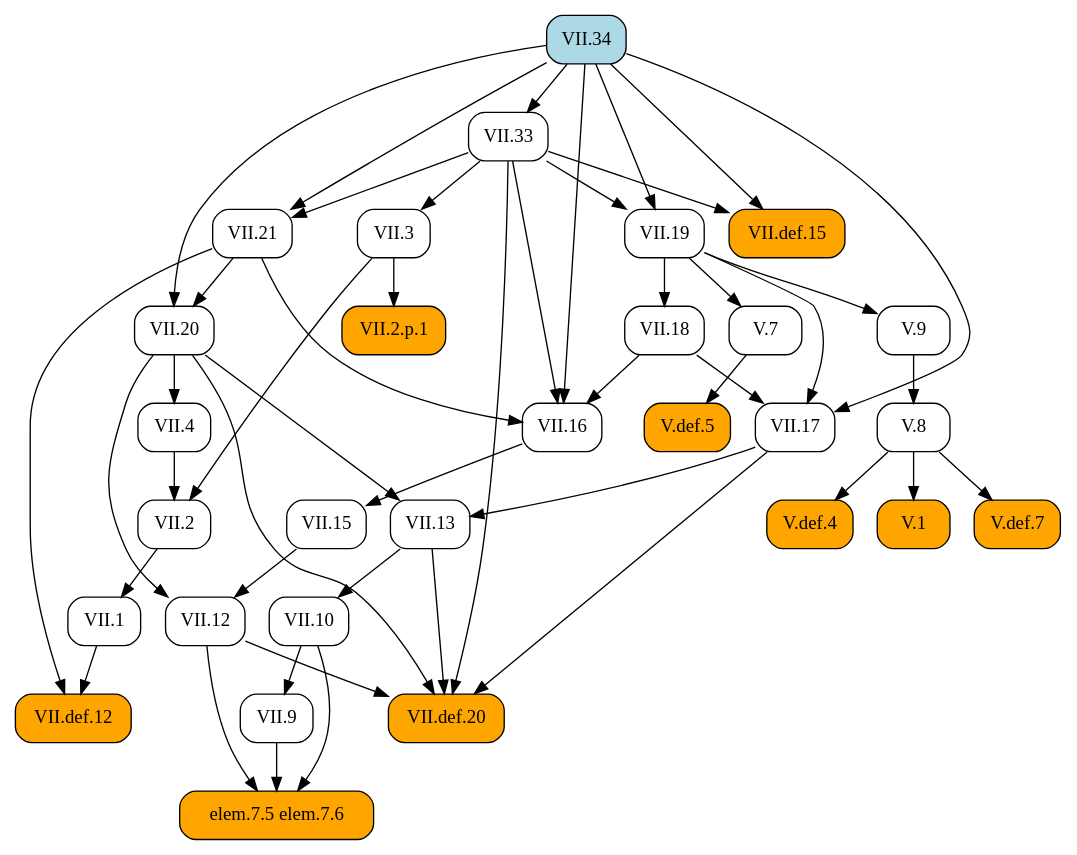
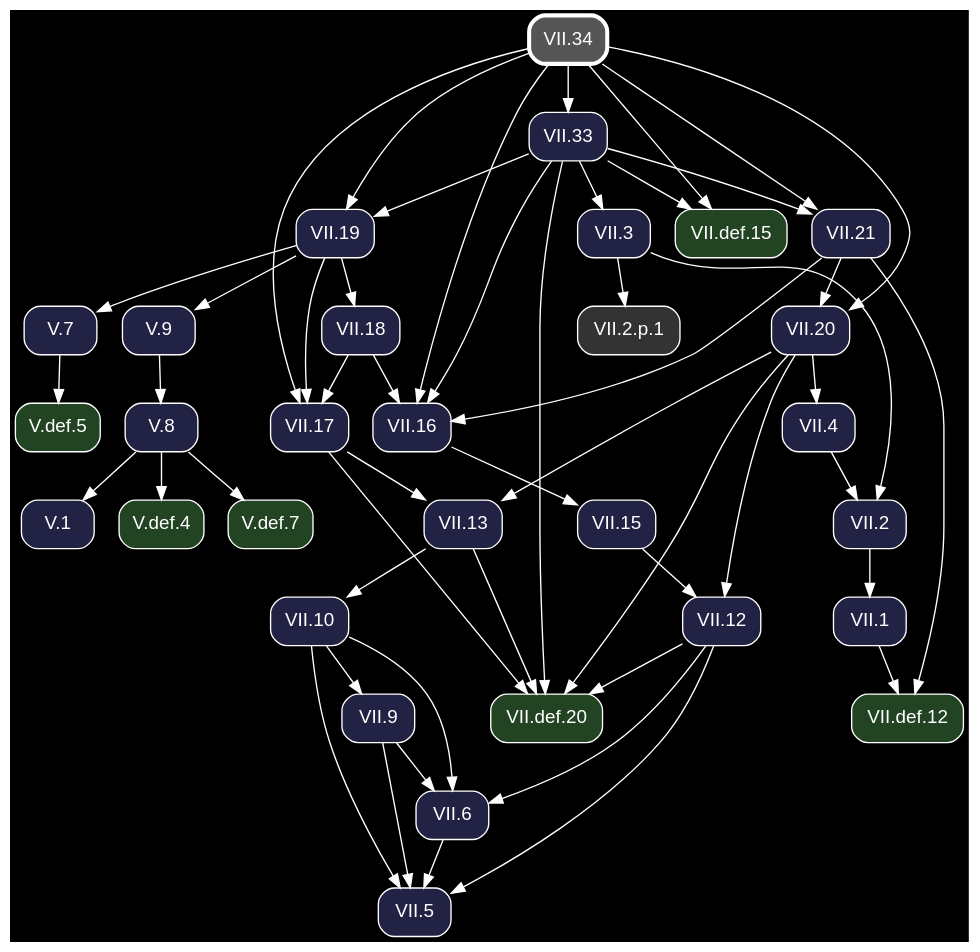
The diagram in docsrc/heath/VII/34/index.rst (geometor/elements), drawn with Graphviz before and after one commit. The commit also changed other lines of this file and 1200 other files, not shown here.

Commit message:
update dependency graphs

```diff
--- a/docsrc/heath/VII/34/index.rst
+++ b/docsrc/heath/VII/34/index.rst
@@ -79,82 +79,89 @@
 .. graphviz::
 
    digraph {
+     bgcolor="black";
+     node [shape=box, style="rounded,filled", fontname="Helvetica", color="white", fontcolor="white"];
+     edge [color="white", fontcolor="white"];
      rankdir="TB";
-     node [shape=box, style=rounded];
-     "VII.33" [URL="/heath/VII/33/", target="_top"];
-     "VII.12" [URL="/heath/VII/12/", target="_top"];
-     "elem.7.5 elem.7.6" [style="rounded,filled", fillcolor=orange];
-     "V.def.7" [style="rounded,filled", fillcolor=orange, URL="/heath/V/def.7/", target="_top"];
-     "VII.9" [URL="/heath/VII/9/", target="_top"];
-     "VII.34" [style="rounded,filled", fillcolor=lightblue, URL="/heath/VII/34/", target="_top"];
-     "VII.18" [URL="/heath/VII/18/", target="_top"];
-     "VII.16" [URL="/heath/VII/16/", target="_top"];
-     "V.7" [URL="/heath/V/7/", target="_top"];
-     "VII.21" [URL="/heath/VII/21/", target="_top"];
-     "V.def.5" [style="rounded,filled", fillcolor=orange, URL="/heath/V/def.5/", target="_top"];
-     "V.def.4" [style="rounded,filled", fillcolor=orange, URL="/heath/V/def.4/", target="_top"];
-     "V.9" [URL="/heath/V/9/", target="_top"];
-     "VII.1" [URL="/heath/VII/1/", target="_top"];
-     "VII.10" [URL="/heath/VII/10/", target="_top"];
-     "V.8" [URL="/heath/V/8/", target="_top"];
-     "VII.13" [URL="/heath/VII/13/", target="_top"];
-     "VII.4" [URL="/heath/VII/4/", target="_top"];
-     "VII.2.p.1" [style="rounded,filled", fillcolor=orange];
-     "VII.def.12" [style="rounded,filled", fillcolor=orange, URL="/heath/VII/def.12/", target="_top"];
-     "VII.20" [URL="/heath/VII/20/", target="_top"];
-     "V.1" [style="rounded,filled", fillcolor=orange, URL="/heath/V/1/", target="_top"];
-     "VII.def.15" [style="rounded,filled", fillcolor=orange, URL="/heath/VII/def.15/", target="_top"];
-     "VII.3" [URL="/heath/VII/3/", target="_top"];
-     "VII.17" [URL="/heath/VII/17/", target="_top"];
-     "VII.19" [URL="/heath/VII/19/", target="_top"];
-     "VII.2" [URL="/heath/VII/2/", target="_top"];
-     "VII.def.20" [style="rounded,filled", fillcolor=orange, URL="/heath/VII/def.20/", target="_top"];
-     "VII.15" [URL="/heath/VII/15/", target="_top"];
+     "VII.33" [fillcolor="#222244", URL="/heath/VII/33/", target="_top"];
+     "V.def.5" [fillcolor="#224422", URL="/heath/V/def.5/", target="_top"];
+     "V.def.7" [fillcolor="#224422", URL="/heath/V/def.7/", target="_top"];
+     "VII.20" [fillcolor="#222244", URL="/heath/VII/20/", target="_top"];
+     "VII.18" [fillcolor="#222244", URL="/heath/VII/18/", target="_top"];
+     "VII.2" [fillcolor="#222244", URL="/heath/VII/2/", target="_top"];
+     "V.def.4" [fillcolor="#224422", URL="/heath/V/def.4/", target="_top"];
+     "VII.5" [fillcolor="#222244", URL="/heath/VII/5/", target="_top"];
+     "VII.34" [penwidth=3, color="white", fillcolor="#555555", URL="/heath/VII/34/", target="_top"];
+     "VII.def.20" [fillcolor="#224422", URL="/heath/VII/def.20/", target="_top"];
+     "VII.def.15" [fillcolor="#224422", URL="/heath/VII/def.15/", target="_top"];
+     "VII.2.p.1" [fillcolor="#333333"];
+     "VII.1" [fillcolor="#222244", URL="/heath/VII/1/", target="_top"];
+     "VII.6" [fillcolor="#222244", URL="/heath/VII/6/", target="_top"];
+     "VII.16" [fillcolor="#222244", URL="/heath/VII/16/", target="_top"];
+     "VII.15" [fillcolor="#222244", URL="/heath/VII/15/", target="_top"];
+     "VII.13" [fillcolor="#222244", URL="/heath/VII/13/", target="_top"];
+     "V.1" [fillcolor="#222244", URL="/heath/V/1/", target="_top"];
+     "VII.10" [fillcolor="#222244", URL="/heath/VII/10/", target="_top"];
+     "VII.4" [fillcolor="#222244", URL="/heath/VII/4/", target="_top"];
+     "VII.def.12" [fillcolor="#224422", URL="/heath/VII/def.12/", target="_top"];
+     "VII.19" [fillcolor="#222244", URL="/heath/VII/19/", target="_top"];
+     "V.8" [fillcolor="#222244", URL="/heath/V/8/", target="_top"];
+     "VII.21" [fillcolor="#222244", URL="/heath/VII/21/", target="_top"];
+     "VII.9" [fillcolor="#222244", URL="/heath/VII/9/", target="_top"];
+     "VII.3" [fillcolor="#222244", URL="/heath/VII/3/", target="_top"];
+     "V.7" [fillcolor="#222244", URL="/heath/V/7/", target="_top"];
+     "VII.12" [fillcolor="#222244", URL="/heath/VII/12/", target="_top"];
+     "V.9" [fillcolor="#222244", URL="/heath/V/9/", target="_top"];
+     "VII.17" [fillcolor="#222244", URL="/heath/VII/17/", target="_top"];
      "VII.34" -> "VII.33";
-     "VII.15" -> "VII.12";
-     "VII.20" -> "VII.12";
-     "VII.9" -> "elem.7.5 elem.7.6";
-     "VII.10" -> "elem.7.5 elem.7.6";
-     "VII.12" -> "elem.7.5 elem.7.6";
+     "V.7" -> "V.def.5";
      "V.8" -> "V.def.7";
-     "VII.10" -> "VII.9";
-     "VII.19" -> "VII.18";
-     "VII.18" -> "VII.16";
-     "VII.21" -> "VII.16";
-     "VII.33" -> "VII.16";
-     "VII.34" -> "VII.16";
-     "VII.19" -> "V.7";
-     "VII.33" -> "VII.21";
-     "VII.34" -> "VII.21";
-     "V.7" -> "V.def.5";
-     "V.8" -> "V.def.4";
-     "VII.19" -> "V.9";
-     "VII.2" -> "VII.1";
-     "VII.13" -> "VII.10";
-     "V.9" -> "V.8";
-     "VII.17" -> "VII.13";
-     "VII.20" -> "VII.13";
-     "VII.20" -> "VII.4";
-     "VII.3" -> "VII.2.p.1";
-     "VII.1" -> "VII.def.12";
-     "VII.21" -> "VII.def.12";
      "VII.21" -> "VII.20";
      "VII.34" -> "VII.20";
-     "V.8" -> "V.1";
-     "VII.33" -> "VII.def.15";
-     "VII.34" -> "VII.def.15";
-     "VII.33" -> "VII.3";
-     "VII.18" -> "VII.17";
-     "VII.19" -> "VII.17";
-     "VII.34" -> "VII.17";
-     "VII.33" -> "VII.19";
-     "VII.34" -> "VII.19";
+     "VII.19" -> "VII.18";
      "VII.3" -> "VII.2";
      "VII.4" -> "VII.2";
+     "V.8" -> "V.def.4";
+     "VII.6" -> "VII.5";
+     "VII.9" -> "VII.5";
+     "VII.10" -> "VII.5";
+     "VII.12" -> "VII.5";
      "VII.12" -> "VII.def.20";
      "VII.13" -> "VII.def.20";
      "VII.17" -> "VII.def.20";
      "VII.20" -> "VII.def.20";
      "VII.33" -> "VII.def.20";
+     "VII.33" -> "VII.def.15";
+     "VII.34" -> "VII.def.15";
+     "VII.3" -> "VII.2.p.1";
+     "VII.2" -> "VII.1";
+     "VII.9" -> "VII.6";
+     "VII.10" -> "VII.6";
+     "VII.12" -> "VII.6";
+     "VII.18" -> "VII.16";
+     "VII.21" -> "VII.16";
+     "VII.33" -> "VII.16";
+     "VII.34" -> "VII.16";
      "VII.16" -> "VII.15";
+     "VII.17" -> "VII.13";
+     "VII.20" -> "VII.13";
+     "V.8" -> "V.1";
+     "VII.13" -> "VII.10";
+     "VII.20" -> "VII.4";
+     "VII.1" -> "VII.def.12";
+     "VII.21" -> "VII.def.12";
+     "VII.33" -> "VII.19";
+     "VII.34" -> "VII.19";
+     "V.9" -> "V.8";
+     "VII.33" -> "VII.21";
+     "VII.34" -> "VII.21";
+     "VII.10" -> "VII.9";
+     "VII.33" -> "VII.3";
+     "VII.19" -> "V.7";
+     "VII.15" -> "VII.12";
+     "VII.20" -> "VII.12";
+     "VII.19" -> "V.9";
+     "VII.18" -> "VII.17";
+     "VII.19" -> "VII.17";
+     "VII.34" -> "VII.17";
    }
```
